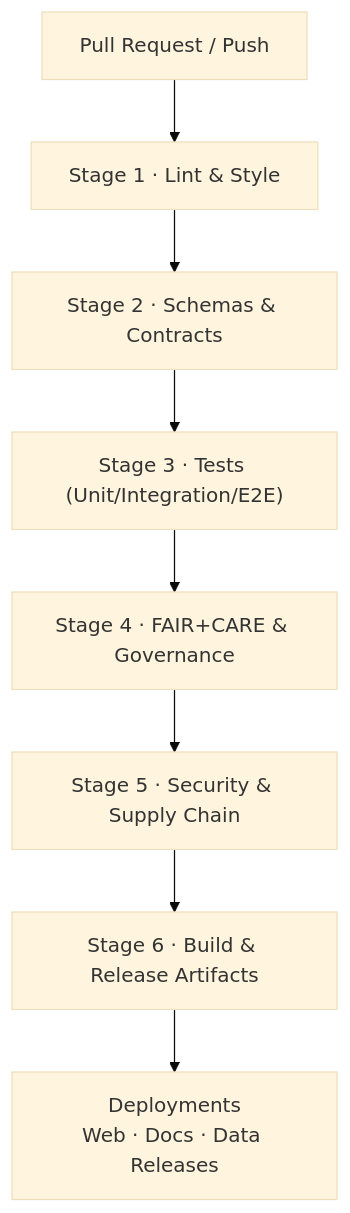
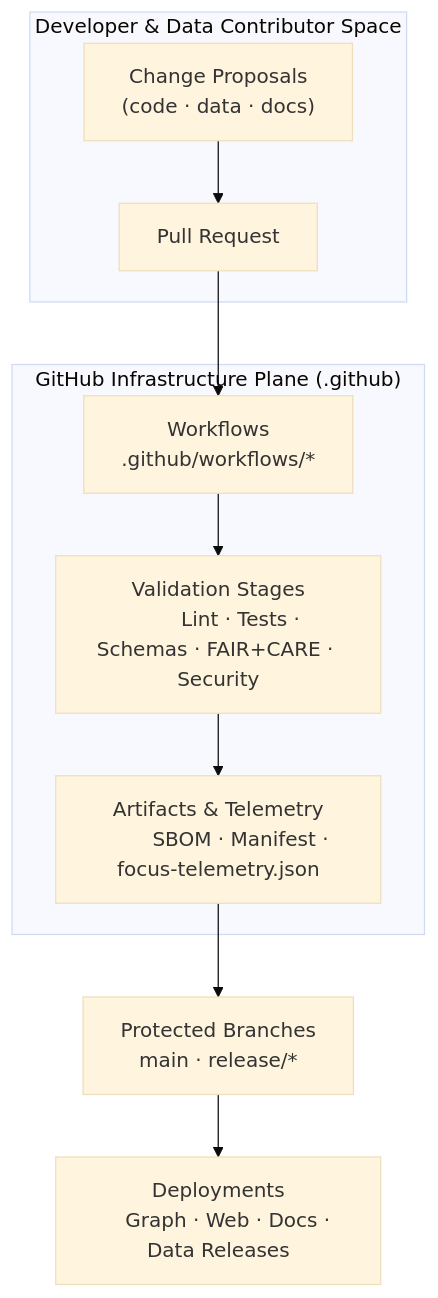
Before and after one commit to bartytime4life/Kansas-Frontier-Matrix: the first of 2 diagrams in .github/ARCHITECTURE.md, drawn with Mermaid (base theme). The commit also changed other lines of this file, not shown here.

````diff
--- a/.github/ARCHITECTURE.md
+++ b/.github/ARCHITECTURE.md
@@ -147,10 +132,21 @@
 ```mermaid
 flowchart TD
-  A["Pull Request / Push"] --> B["Stage 1 · Lint & Style"]
-  B --> C["Stage 2 · Schemas & Contracts"]
-  C --> D["Stage 3 · Tests (Unit/Integration/E2E)"]
-  D --> E["Stage 4 · FAIR+CARE & Governance"]
-  E --> F["Stage 5 · Security & Supply Chain"]
-  F --> G["Stage 6 · Build & Release Artifacts"]
-  G --> H["Deployments<br/>Web · Docs · Data Releases"]
+    subgraph Dev ["Developer & Data Contributor Space"]
+        A["Change Proposals
+        (code · data · docs)"] --> B["Pull Request"]
+    end
+
+    subgraph Hub ["GitHub Infrastructure Plane (.github)"]
+        B --> C["Workflows
+        .github/workflows/*"]
+        C --> D["Validation Stages
+        Lint · Tests · Schemas · FAIR+CARE · Security"]
+        D --> E["Artifacts & Telemetry
+        SBOM · Manifest · focus-telemetry.json"]
+    end
+
+    E --> F["Protected Branches
+    main · release/*"]
+    F --> G["Deployments
+    Graph · Web · Docs · Data Releases"]
 ```
````
